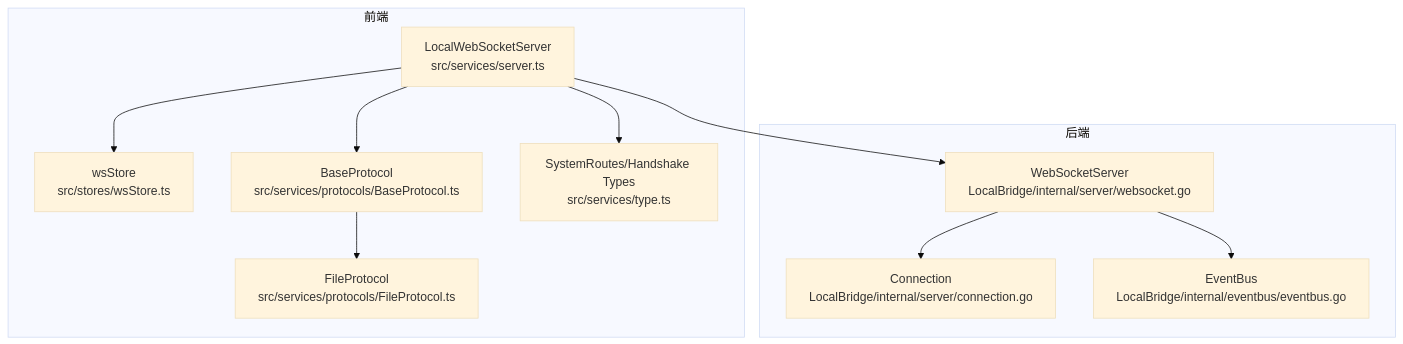
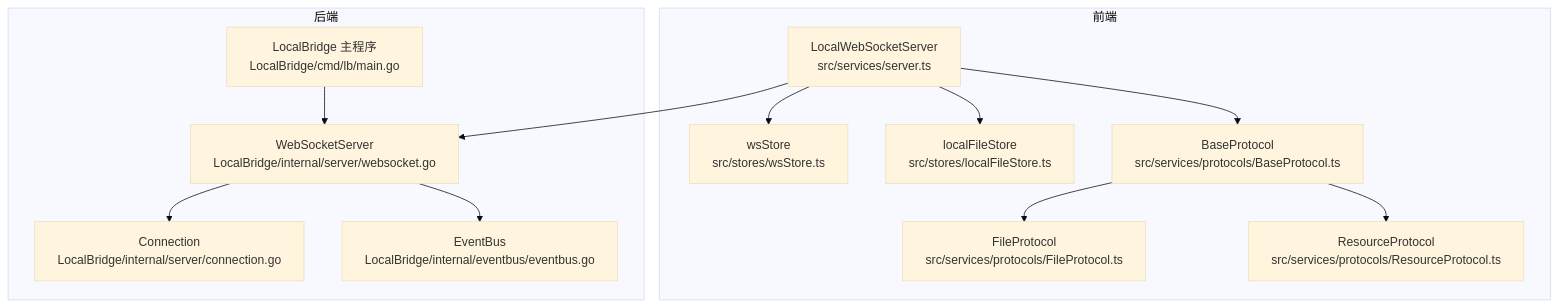
One commit to kqcoxn/MaaPipelineEditor changed the first of 6 diagrams in .qoder/repowiki/zh/content/开发者指南/WebSocket 状态管理.md. Above: the diagram before and after it, drawn with Mermaid (base theme). The commit also changed other lines of this file and 10 other files, not shown here.

````diff
--- a/.qoder/repowiki/zh/content/开发者指南/WebSocket 状态管理.md
+++ b/.qoder/repowiki/zh/content/开发者指南/WebSocket 状态管理.md
@@ -46,22 +52,26 @@
 ```mermaid
 graph TB
 subgraph "前端"
 FE_Server["LocalWebSocketServer<br/>src/services/server.ts"]
 FE_Store["wsStore<br/>src/stores/wsStore.ts"]
+FE_LocalFileStore["localFileStore<br/>src/stores/localFileStore.ts"]
 FE_Protocol_Base["BaseProtocol<br/>src/services/protocols/BaseProtocol.ts"]
 FE_Protocol_File["FileProtocol<br/>src/services/protocols/FileProtocol.ts"]
-FE_Type["SystemRoutes/Handshake Types<br/>src/services/type.ts"]
+FE_Protocol_Resource["ResourceProtocol<br/>src/services/protocols/ResourceProtocol.ts"]
 end
 subgraph "后端"
 BE_Server["WebSocketServer<br/>LocalBridge/internal/server/websocket.go"]
 BE_Connection["Connection<br/>LocalBridge/internal/server/connection.go"]
 BE_EventBus["EventBus<br/>LocalBridge/internal/eventbus/eventbus.go"]
+BE_Main["LocalBridge 主程序<br/>LocalBridge/cmd/lb/main.go"]
 end
-FE_Server --> FE_Type
 FE_Server --> FE_Protocol_Base
 FE_Protocol_Base --> FE_Protocol_File
+FE_Protocol_Base --> FE_Protocol_Resource
 FE_Server --> FE_Store
+FE_Server --> FE_LocalFileStore
 FE_Server --> BE_Server
 BE_Server --> BE_Connection
 BE_Server --> BE_EventBus
+BE_Main --> BE_Server
 ```
````
